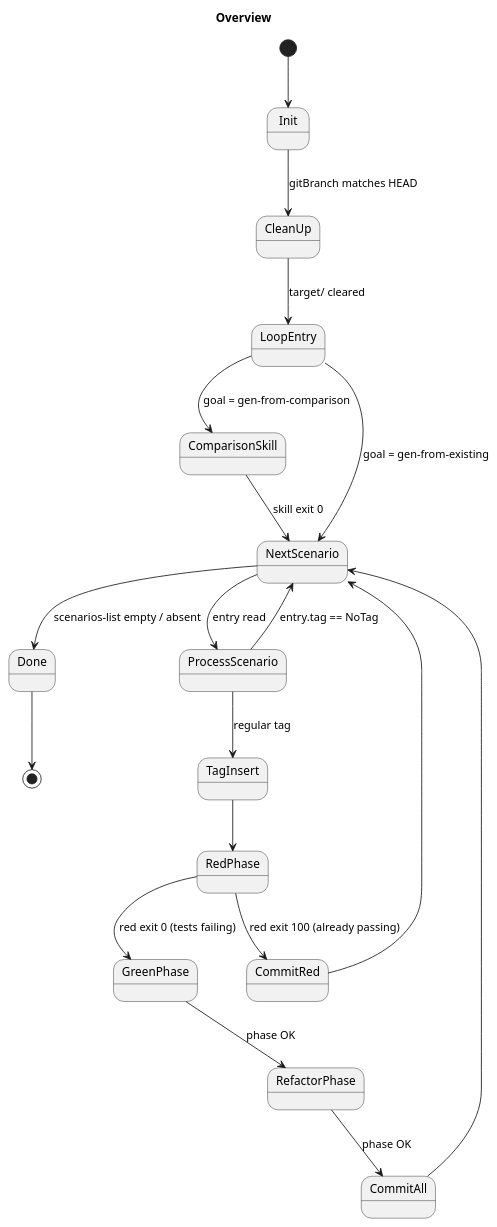
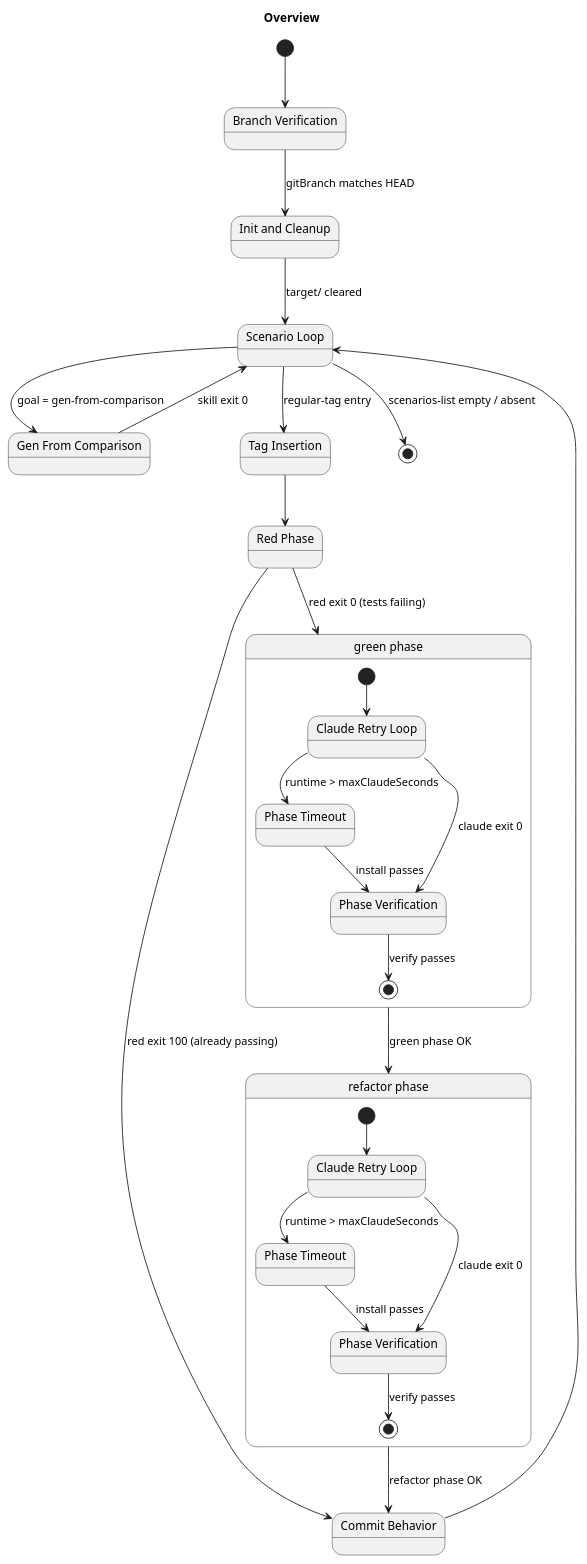
One commit to farhan5248/sheep-dog-qa changed the first of 11 diagrams in sheep-dog-features/src/test/resources/asciidoc/specs/Darmok/model.md. Above: the diagram before and after it, drawn with PlantUML. The commit also changed other lines of this file and 1 other file, not shown here.

Commit message:
Align Darmok asciidoc filenames with model sub-machine names

````diff
--- a/sheep-dog-features/src/test/resources/asciidoc/specs/Darmok/model.md
+++ b/sheep-dog-features/src/test/resources/asciidoc/specs/Darmok/model.md
@@ -31,25 +31,50 @@
 ```plantuml
 @startuml
 title Overview
 
-[*] --> Init
-Init --> CleanUp : gitBranch matches HEAD
-CleanUp --> LoopEntry : target/ cleared
-LoopEntry --> ComparisonSkill : goal = gen-from-comparison
-LoopEntry --> NextScenario   : goal = gen-from-existing
-ComparisonSkill --> NextScenario : skill exit 0
-NextScenario --> Done          : scenarios-list empty / absent
-NextScenario --> ProcessScenario : entry read
-ProcessScenario --> NextScenario : entry.tag == NoTag
-ProcessScenario --> TagInsert    : regular tag
-TagInsert --> RedPhase
-RedPhase  --> CommitRed  : red exit 100 (already passing)
-RedPhase  --> GreenPhase : red exit 0 (tests failing)
-GreenPhase    --> RefactorPhase : phase OK
-RefactorPhase --> CommitAll     : phase OK
-CommitRed --> NextScenario
-CommitAll --> NextScenario
-Done --> [*]
+state "Branch Verification" as BranchVerification
+state "Init and Cleanup" as InitAndCleanup
+state "Scenario Loop" as ScenarioLoop
+state "Gen From Comparison" as GenFromComparison
+state "Tag Insertion" as TagInsertion
+state "Red Phase" as RedPhase
+state "Commit Behavior" as CommitBehavior
+
+state "green phase" as Green {
+  state "Claude Retry Loop" as GreenClaudeRetryLoop
+  state "Phase Timeout" as GreenPhaseTimeout
+  state "Phase Verification" as GreenPhaseVerification
+  [*] --> GreenClaudeRetryLoop
+  GreenClaudeRetryLoop --> GreenPhaseTimeout : runtime > maxClaudeSeconds
+  GreenClaudeRetryLoop --> GreenPhaseVerification : claude exit 0
+  GreenPhaseTimeout --> GreenPhaseVerification : install passes
+  GreenPhaseVerification --> [*] : verify passes
+}
+
+state "refactor phase" as Refactor {
+  state "Claude Retry Loop" as RefactorClaudeRetryLoop
+  state "Phase Timeout" as RefactorPhaseTimeout
+  state "Phase Verification" as RefactorPhaseVerification
+  [*] --> RefactorClaudeRetryLoop
+  RefactorClaudeRetryLoop --> RefactorPhaseTimeout : runtime > maxClaudeSeconds
+  RefactorClaudeRetryLoop --> RefactorPhaseVerification : claude exit 0
+  RefactorPhaseTimeout --> RefactorPhaseVerification : install passes
+  RefactorPhaseVerification --> [*] : verify passes
+}
+
+[*] --> BranchVerification
+BranchVerification --> InitAndCleanup : gitBranch matches HEAD
+InitAndCleanup --> ScenarioLoop : target/ cleared
+ScenarioLoop --> GenFromComparison : goal = gen-from-comparison
+GenFromComparison --> ScenarioLoop : skill exit 0
+ScenarioLoop --> TagInsertion : regular-tag entry
+ScenarioLoop --> [*] : scenarios-list empty / absent
+TagInsertion --> RedPhase
+RedPhase --> CommitBehavior : red exit 100 (already passing)
+RedPhase --> Green : red exit 0 (tests failing)
+Green --> Refactor : green phase OK
+Refactor --> CommitBehavior : refactor phase OK
+CommitBehavior --> ScenarioLoop
 
 @enduml
 ```
````
